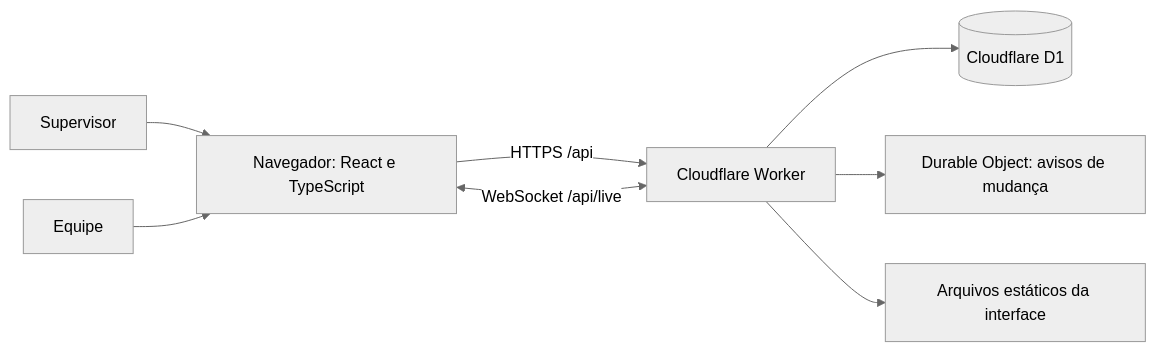
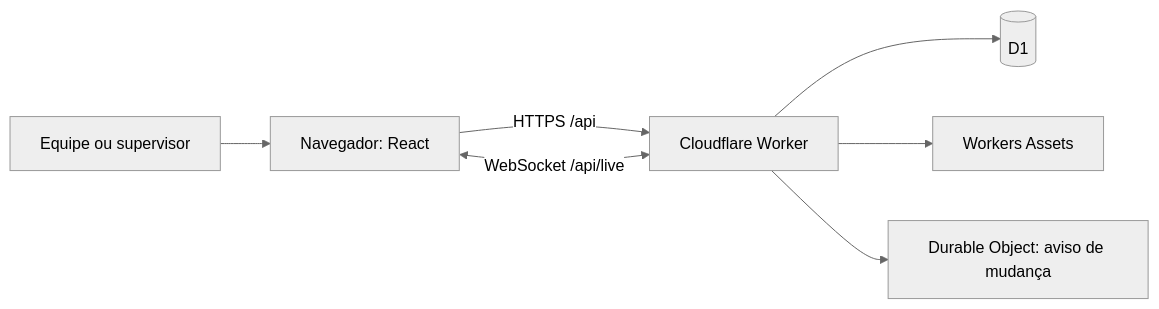
Before and after one commit to J-Ferre1ra/Controle-Manutencao: the diagram in docs/documentacao-do-projeto.md, drawn with Mermaid (neutral theme). The commit also changed other lines of this file and 3 other files, not shown here.

````diff
--- a/docs/documentacao-do-projeto.md
+++ b/docs/documentacao-do-projeto.md
@@ -11,10 +27,9 @@
-```mermaid
+~~~mermaid
 flowchart LR
-    A[Navegador: React e TypeScript] -->|HTTPS /api| B[Cloudflare Worker]
-    A <-->|WebSocket /api/live| B
-    B --> C[(Cloudflare D1)]
-    B --> L[Durable Object: avisos de mudança]
-    B --> D[Arquivos estáticos da interface]
-    S[Supervisor] --> A
-    E[Equipe] --> A
-```
+    U[Equipe ou supervisor] --> N[Navegador: React]
+    N -->|HTTPS /api| W[Cloudflare Worker]
+    W --> D[(D1)]
+    W --> A[Workers Assets]
+    N <-->|WebSocket /api/live| W
+    W --> O[Durable Object: aviso de mudança]
+~~~
````
